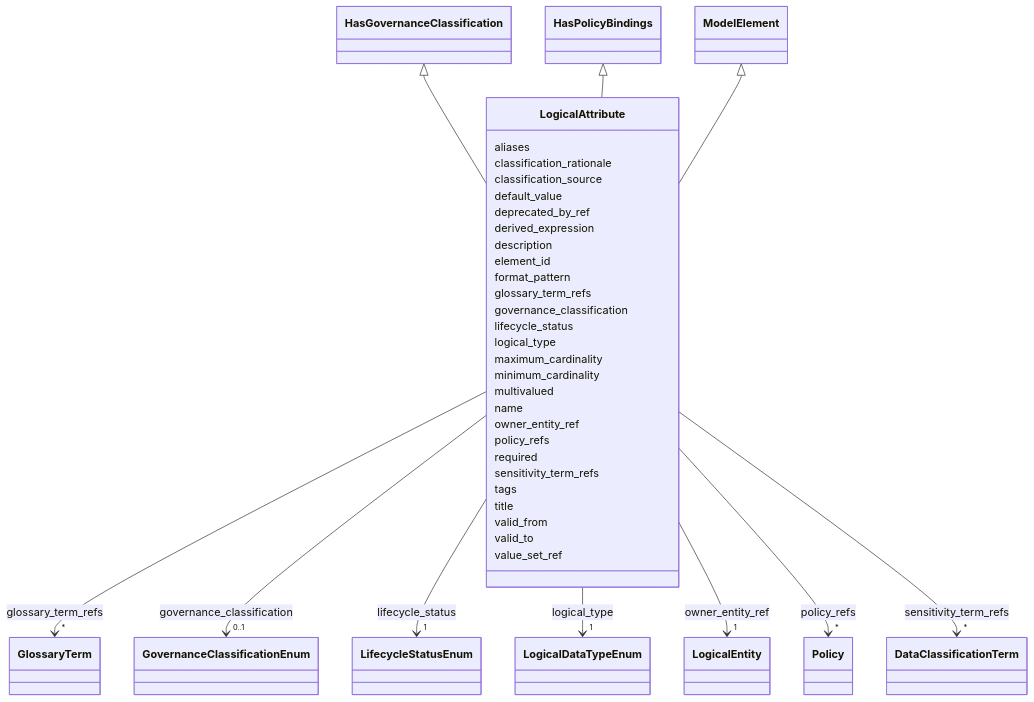
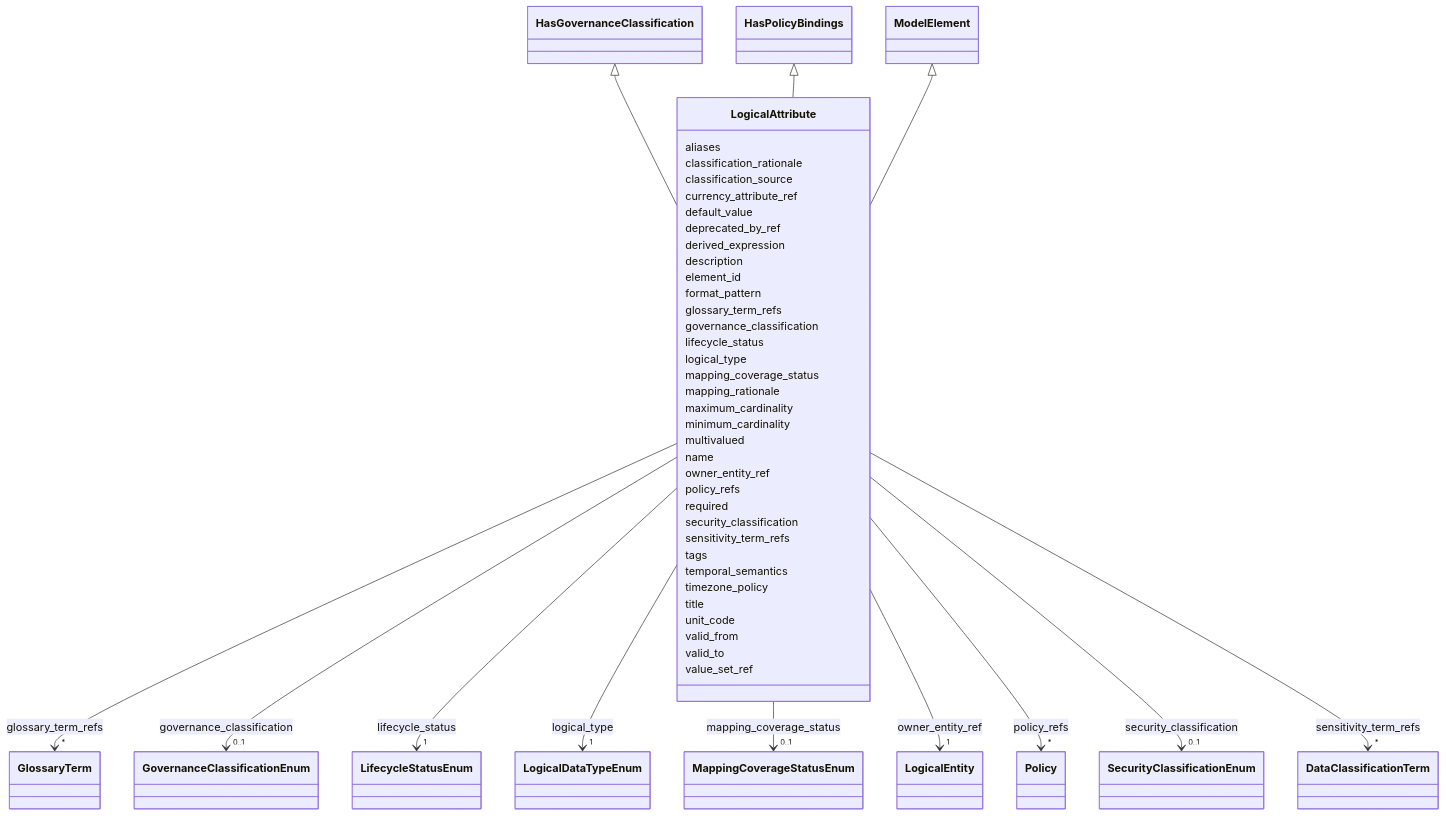
The diagram in generated/artifacts/moex-dams/0.1/diagrams/LogicalAttribute.md (oista/moex-data-model), drawn with Mermaid before and after one commit. The commit also changed 68 other files, not shown here.

```diff
--- a/generated/artifacts/moex-dams/0.1/diagrams/LogicalAttribute.md
+++ b/generated/artifacts/moex-dams/0.1/diagrams/LogicalAttribute.md
@@ -17,6 +17,8 @@
       LogicalAttribute : classification_rationale
         
       LogicalAttribute : classification_source
+        
+      LogicalAttribute : currency_attribute_ref
         
       LogicalAttribute : default_value
         
@@ -74,6 +76,19 @@
     
 
         
+      LogicalAttribute : mapping_coverage_status
+        
+          
+    
+        
+        
+        LogicalAttribute --> "0..1" MappingCoverageStatusEnum : mapping_coverage_status
+        click MappingCoverageStatusEnum href "../MappingCoverageStatusEnum"
+    
+
+        
+      LogicalAttribute : mapping_rationale
+        
       LogicalAttribute : maximum_cardinality
         
       LogicalAttribute : minimum_cardinality
@@ -106,6 +121,17 @@
         
       LogicalAttribute : required
         
+      LogicalAttribute : security_classification
+        
+          
+    
+        
+        
+        LogicalAttribute --> "0..1" SecurityClassificationEnum : security_classification
+        click SecurityClassificationEnum href "../SecurityClassificationEnum"
+    
+
+        
       LogicalAttribute : sensitivity_term_refs
         
           
@@ -119,7 +145,13 @@
         
       LogicalAttribute : tags
         
+      LogicalAttribute : temporal_semantics
+        
+      LogicalAttribute : timezone_policy
+        
       LogicalAttribute : title
+        
+      LogicalAttribute : unit_code
         
       LogicalAttribute : valid_from
         
```
